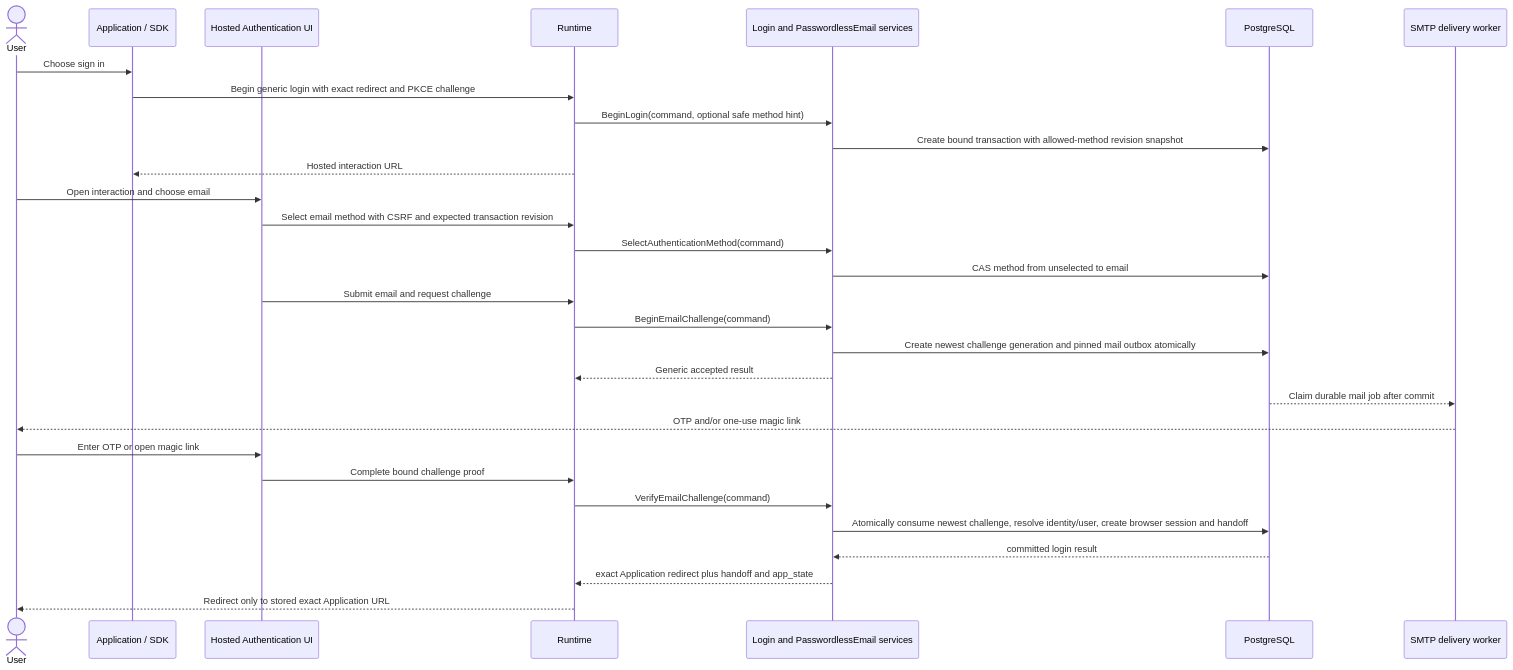
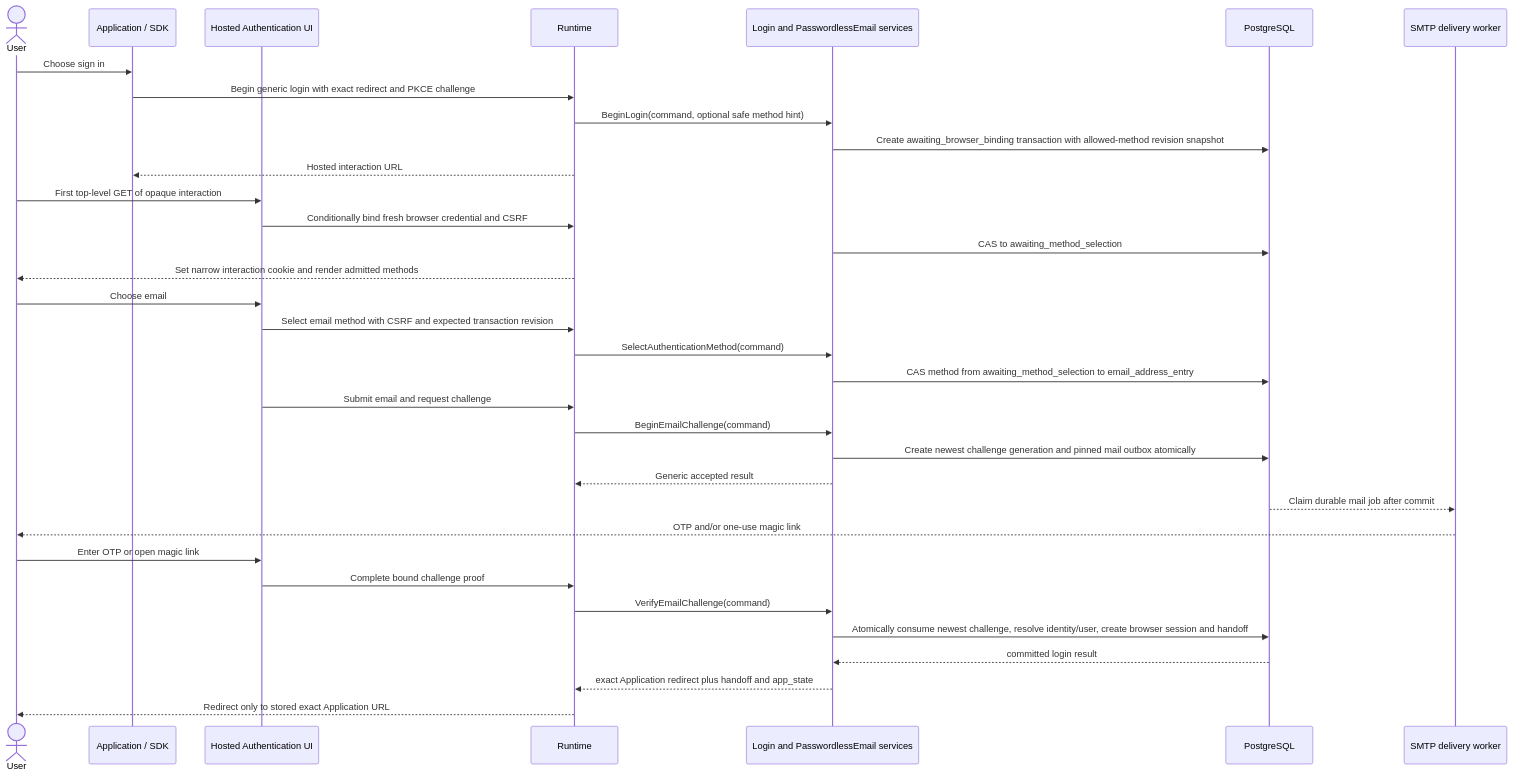
Before and after one commit to owlfoundry/owlauth: the third of 5 diagrams in spec/11-identity-connections-passwordless-email-and-user-sync.md, drawn with Mermaid. The commit also changed other lines of this file and 76 other files, not shown here.

````diff
--- a/spec/11-identity-connections-passwordless-email-and-user-sync.md
+++ b/spec/11-identity-connections-passwordless-email-and-user-sync.md
@@ -147,33 +147,37 @@
 ```mermaid
 sequenceDiagram
     actor User
     participant App as Application / SDK
     participant Hosted as Hosted Authentication UI
     participant Runtime
     participant Core as Login and PasswordlessEmail services
     participant PG as PostgreSQL
     participant Mail as SMTP delivery worker
 
     User->>App: Choose sign in
     App->>Runtime: Begin generic login with exact redirect and PKCE challenge
     Runtime->>Core: BeginLogin(command, optional safe method hint)
-    Core->>PG: Create bound transaction with allowed-method revision snapshot
+    Core->>PG: Create awaiting_browser_binding transaction with allowed-method revision snapshot
     Runtime-->>App: Hosted interaction URL
-    User->>Hosted: Open interaction and choose email
+    User->>Hosted: First top-level GET of opaque interaction
+    Hosted->>Runtime: Conditionally bind fresh browser credential and CSRF
+    Core->>PG: CAS to awaiting_method_selection
+    Runtime-->>User: Set narrow interaction cookie and render admitted methods
+    User->>Hosted: Choose email
     Hosted->>Runtime: Select email method with CSRF and expected transaction revision
     Runtime->>Core: SelectAuthenticationMethod(command)
-    Core->>PG: CAS method from unselected to email
+    Core->>PG: CAS method from awaiting_method_selection to email_address_entry
     Hosted->>Runtime: Submit email and request challenge
     Runtime->>Core: BeginEmailChallenge(command)
     Core->>PG: Create newest challenge generation and pinned mail outbox atomically
     Core-->>Runtime: Generic accepted result
     PG-->>Mail: Claim durable mail job after commit
     Mail-->>User: OTP and/or one-use magic link
     User->>Hosted: Enter OTP or open magic link
     Hosted->>Runtime: Complete bound challenge proof
     Runtime->>Core: VerifyEmailChallenge(command)
     Core->>PG: Atomically consume newest challenge, resolve identity/user, create browser session and handoff
     PG-->>Core: committed login result
     Core-->>Runtime: exact Application redirect plus handoff and app_state
     Runtime-->>User: Redirect only to stored exact Application URL
 ```
````
